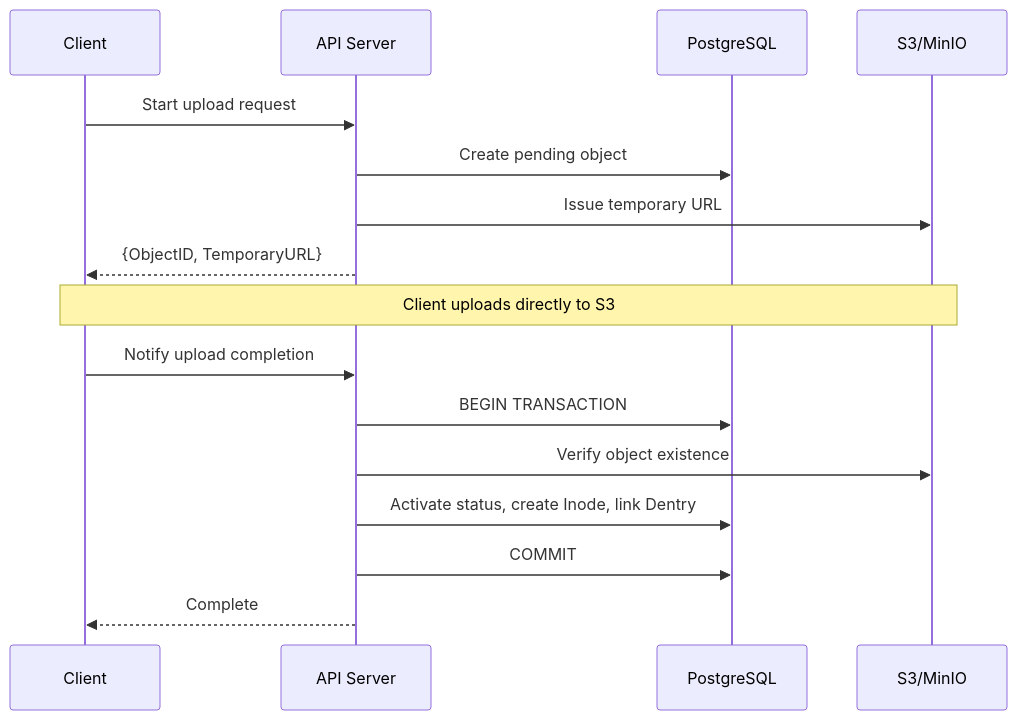
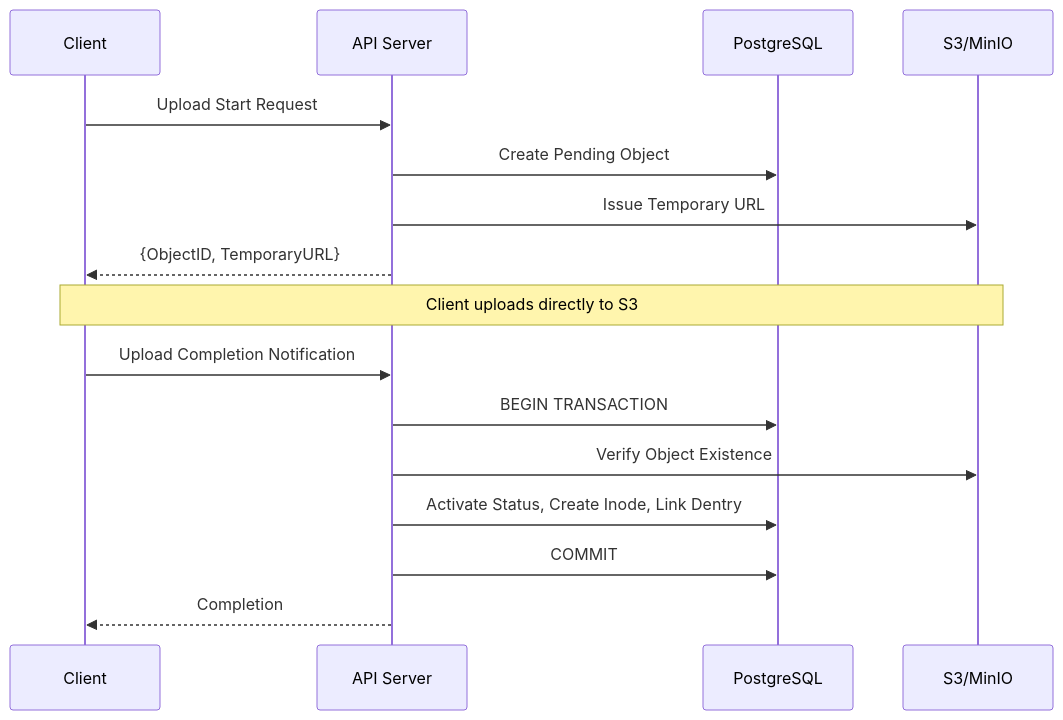
Before and after one commit to mandacode-labs/mandacode-devs: the second of 2 diagrams in src/content/blog/en/retrowin-deep-dive.md, drawn with Mermaid. The commit also changed other lines of this file and 14 other files, not shown here.

````diff
--- a/src/content/blog/en/retrowin-deep-dive.md
+++ b/src/content/blog/en/retrowin-deep-dive.md
@@ -47,21 +47,21 @@
 ```mermaid
 sequenceDiagram
     participant Client as Client
     participant API as API Server
     participant DB as PostgreSQL
     participant S3 as S3/MinIO
 
-    Client->>API: Start upload request
-    API->>DB: Create pending object
-    API->>S3: Issue temporary URL
+    Client->>API: Upload Start Request
+    API->>DB: Create Pending Object
+    API->>S3: Issue Temporary URL
     API-->>Client: {ObjectID, TemporaryURL}
 
     Note over Client,S3: Client uploads directly to S3
 
-    Client->>API: Notify upload completion
+    Client->>API: Upload Completion Notification
     API->>DB: BEGIN TRANSACTION
-    API->>S3: Verify object existence
-    API->>DB: Activate status, create Inode, link Dentry
+    API->>S3: Verify Object Existence
+    API->>DB: Activate Status, Create Inode, Link Dentry
     API->>DB: COMMIT
-    API-->>Client: Complete
+    API-->>Client: Completion
 ```
````
